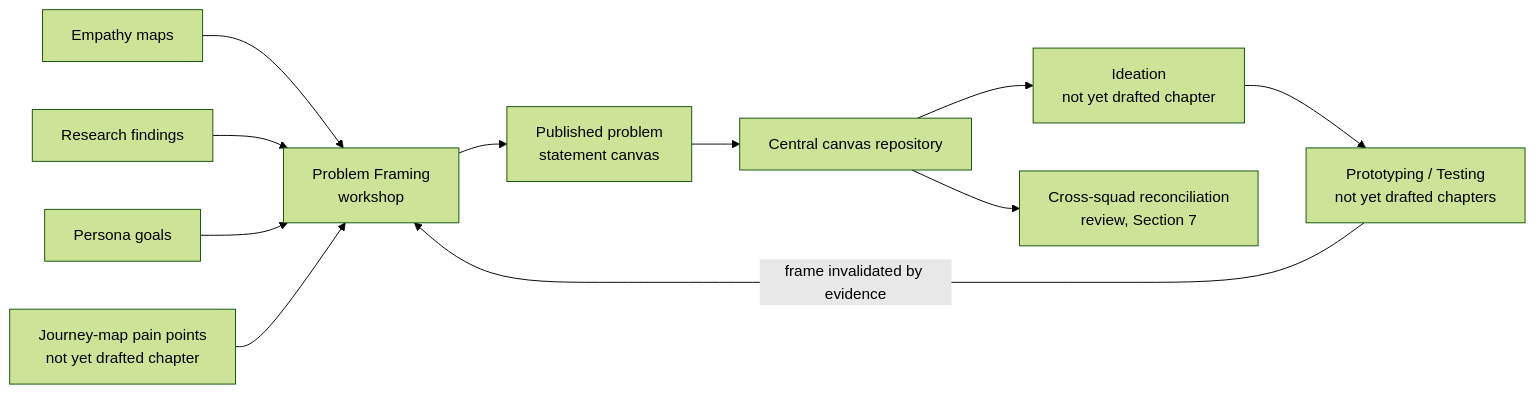
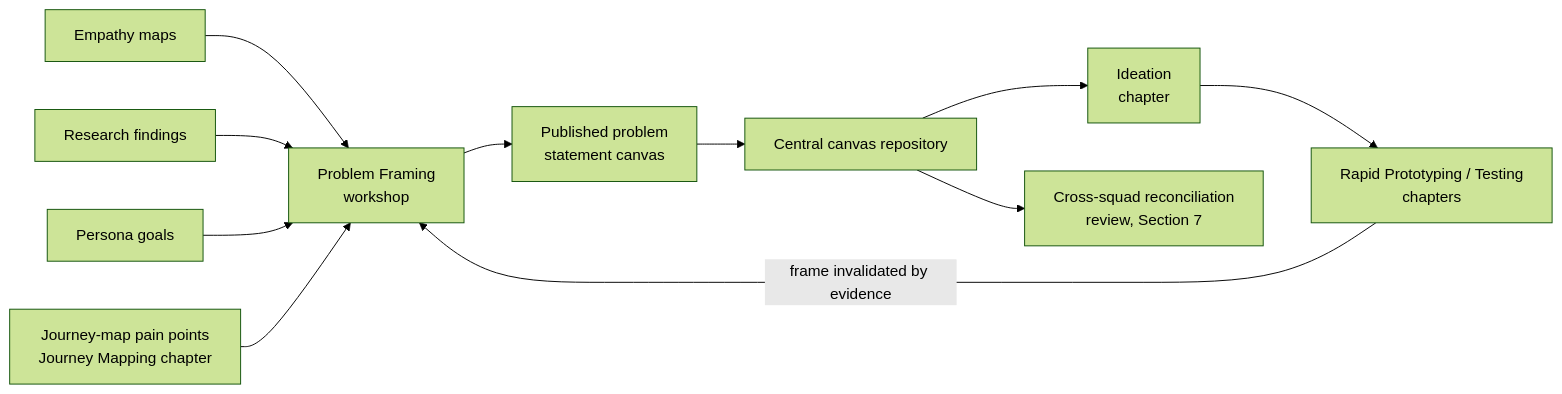
The second of 2 diagrams in 02_Design_Thinking_and_Product_Management/CH06_Problem_Framing.md (joydasss/Architect), drawn with Mermaid (forest theme) before and after one commit. The commit also changed other lines of this file and 11 other files, not shown here.

First line of the commit message:
Part 02 batch 3 (Design Thinking): add Ideation, Rapid Prototyping, Wireframing

````diff
--- a/02_Design_Thinking_and_Product_Management/CH06_Problem_Framing.md
+++ b/02_Design_Thinking_and_Product_Management/CH06_Problem_Framing.md
@@ -670,13 +670,13 @@
 ```mermaid
 flowchart LR
     A[Empathy maps] --> D[Problem Framing<br/>workshop]
     B[Research findings] --> D
     C[Persona goals] --> D
-    J[Journey-map pain points<br/>not yet drafted chapter] --> D
+  J[Journey-map pain points<br/>Journey Mapping chapter] --> D
     D --> E[Published problem<br/>statement canvas]
     E --> F[Central canvas repository]
-    F --> G[Ideation<br/>not yet drafted chapter]
+  F --> G[Ideation<br/>chapter]
     F --> H[Cross-squad reconciliation<br/>review, Section 7]
-    G --> I[Prototyping / Testing<br/>not yet drafted chapters]
+  G --> I[Rapid Prototyping / Testing<br/>chapters]
     I -->|frame invalidated by evidence| D
 ```
````
